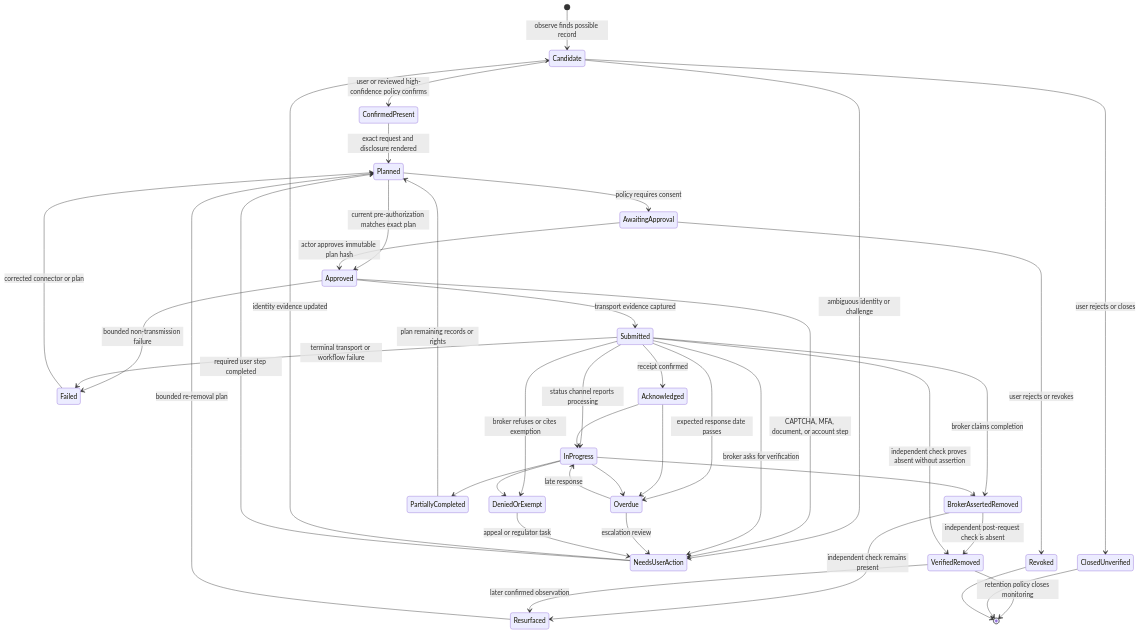
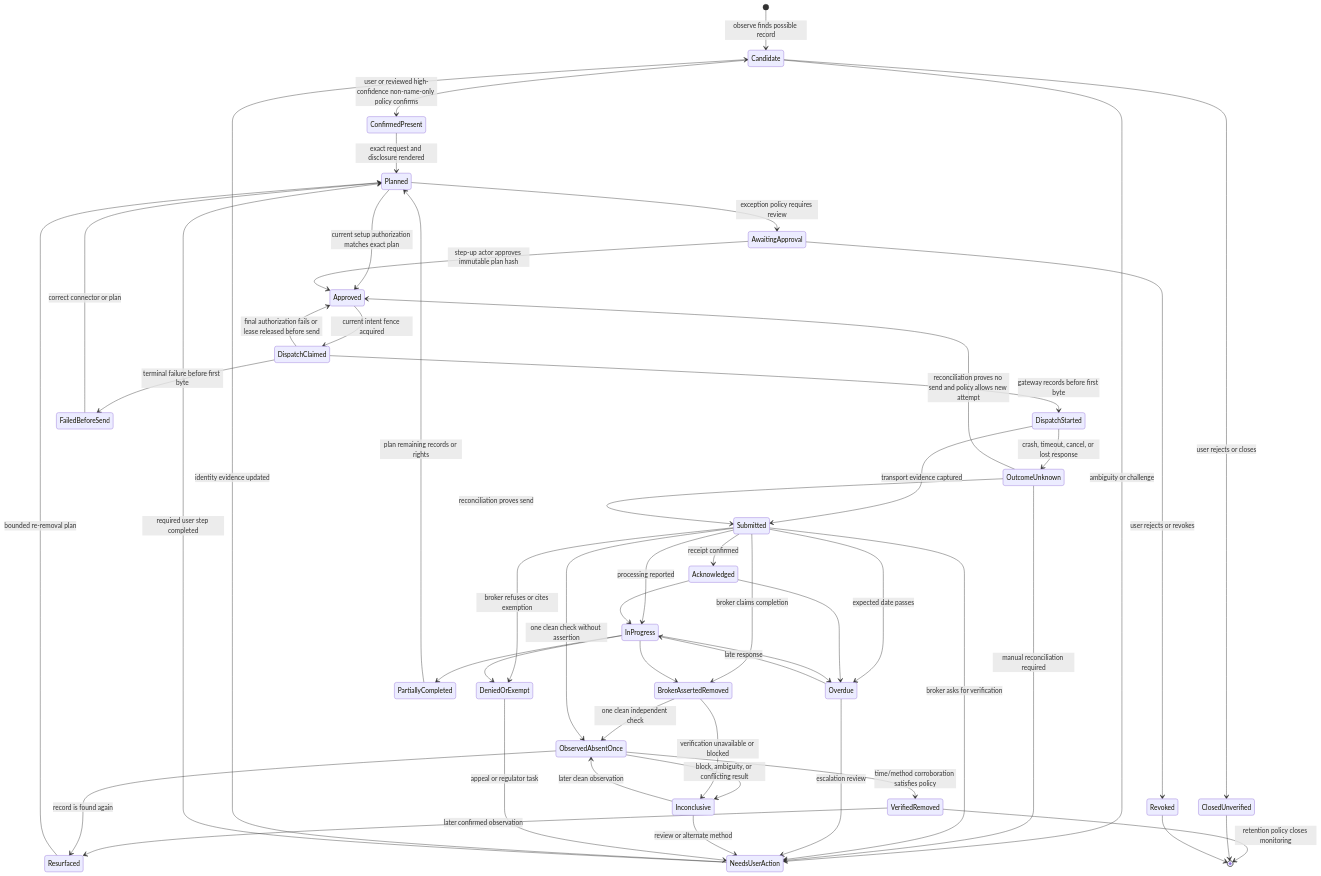
One commit to Ninja91/MyCogni changed the diagram in docs/diagrams/05-case-lifecycle.md. Above: the diagram before and after it, drawn with Mermaid. The commit also changed other lines of this file and 56 other files, not shown here.

Commit message:
docs: harden architecture through adversarial review

````diff
--- a/docs/diagrams/05-case-lifecycle.md
+++ b/docs/diagrams/05-case-lifecycle.md
@@ -3,48 +3,60 @@
 ```mermaid
 stateDiagram-v2
     [*] --> Candidate: observe finds possible record
-    Candidate --> ConfirmedPresent: user or reviewed high-confidence policy confirms
+    Candidate --> ConfirmedPresent: user or reviewed high-confidence non-name-only policy confirms
     Candidate --> ClosedUnverified: user rejects or closes
-    Candidate --> NeedsUserAction: ambiguous identity or challenge
+    Candidate --> NeedsUserAction: ambiguity or challenge
     NeedsUserAction --> Candidate: identity evidence updated
     NeedsUserAction --> Planned: required user step completed
 
     ConfirmedPresent --> Planned: exact request and disclosure rendered
-    Planned --> AwaitingApproval: policy requires consent
-    Planned --> Approved: current pre-authorization matches exact plan
-    AwaitingApproval --> Approved: actor approves immutable plan hash
+    Planned --> AwaitingApproval: exception policy requires review
+    Planned --> Approved: current setup authorization matches exact plan
+    AwaitingApproval --> Approved: step-up actor approves immutable plan hash
     AwaitingApproval --> Revoked: user rejects or revokes
-    Approved --> Submitted: transport evidence captured
-    Approved --> NeedsUserAction: CAPTCHA, MFA, document, or account step
-    Approved --> Failed: bounded non-transmission failure
+
+    Approved --> DispatchClaimed: current intent fence acquired
+    DispatchClaimed --> Approved: final authorization fails or lease released before send
+    DispatchClaimed --> DispatchStarted: gateway records before first byte
+    DispatchStarted --> Submitted: transport evidence captured
+    DispatchStarted --> OutcomeUnknown: crash, timeout, cancel, or lost response
+    DispatchClaimed --> FailedBeforeSend: terminal failure before first byte
+    OutcomeUnknown --> Submitted: reconciliation proves send
+    OutcomeUnknown --> Approved: reconciliation proves no send and policy allows new attempt
+    OutcomeUnknown --> NeedsUserAction: manual reconciliation required
 
     Submitted --> Acknowledged: receipt confirmed
-    Submitted --> InProgress: status channel reports processing
+    Submitted --> InProgress: processing reported
     Submitted --> NeedsUserAction: broker asks for verification
-    Submitted --> Overdue: expected response date passes
+    Submitted --> Overdue: expected date passes
     Submitted --> BrokerAssertedRemoved: broker claims completion
     Submitted --> DeniedOrExempt: broker refuses or cites exemption
-    Submitted --> Failed: terminal transport or workflow failure
 
     Acknowledged --> InProgress
     Acknowledged --> Overdue
     InProgress --> BrokerAssertedRemoved
     InProgress --> PartiallyCompleted
     InProgress --> DeniedOrExempt
     InProgress --> Overdue
     Overdue --> InProgress: late response
     Overdue --> NeedsUserAction: escalation review
 
-    BrokerAssertedRemoved --> VerifiedRemoved: independent post-request check is absent
-    BrokerAssertedRemoved --> Resurfaced: independent check remains present
-    Submitted --> VerifiedRemoved: independent check proves absent without assertion
+    BrokerAssertedRemoved --> ObservedAbsentOnce: one clean independent check
+    Submitted --> ObservedAbsentOnce: one clean check without assertion
+    ObservedAbsentOnce --> VerifiedRemoved: time/method corroboration satisfies policy
+    ObservedAbsentOnce --> Inconclusive: block, ambiguity, or conflicting result
+    BrokerAssertedRemoved --> Inconclusive: verification unavailable or blocked
+    Inconclusive --> ObservedAbsentOnce: later clean observation
+    Inconclusive --> NeedsUserAction: review or alternate method
+
     PartiallyCompleted --> Planned: plan remaining records or rights
     DeniedOrExempt --> NeedsUserAction: appeal or regulator task
-    Failed --> Planned: corrected connector or plan
+    FailedBeforeSend --> Planned: correct connector or plan
 
     VerifiedRemoved --> Resurfaced: later confirmed observation
+    ObservedAbsentOnce --> Resurfaced: record is found again
     Resurfaced --> Planned: bounded re-removal plan
     VerifiedRemoved --> [*]: retention policy closes monitoring
     ClosedUnverified --> [*]
     Revoked --> [*]
 ```
````
